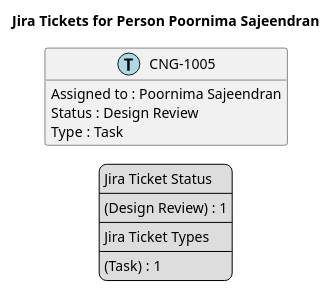
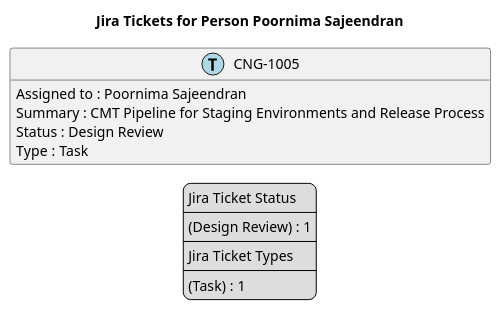
The diagram in temp/jira-Person-Poornima_Sajeendran.puml (brunasti/jiraplotter), drawn with PlantUML before and after one commit. The commit also changed 90 other files, not shown here.

```diff
--- a/temp/jira-Person-Poornima_Sajeendran.puml
+++ b/temp/jira-Person-Poornima_Sajeendran.puml
@@ -1,33 +1,34 @@
 @startuml
 'https://plantuml.com/class-diagram
 
 ' GENERATE CLASS DIAGRAM ===========
-' Generated at    : Tue Apr 23 13:28:09 CEST 2024
+' Generated at    : Fri May 03 10:09:58 CEST 2024
 
 title Jira Tickets for Person Poornima Sajeendran
 hide empty members
 
 legend
 Jira Ticket Status
 ----
 (Design Review) : 1
 ----
 Jira Ticket Types
 ----
 (Task) : 1
 end legend
 
 
 ' Tickets =======
 class "CNG-1005" << (T,lightblue) >> {
   Assigned to : Poornima Sajeendran
+  Summary : CMT Pipeline for Staging Environments and Release Process
   Status : Design Review
   Type : Task
 }
 
 
 
 ' Links =======
 
 
 @enduml
```
